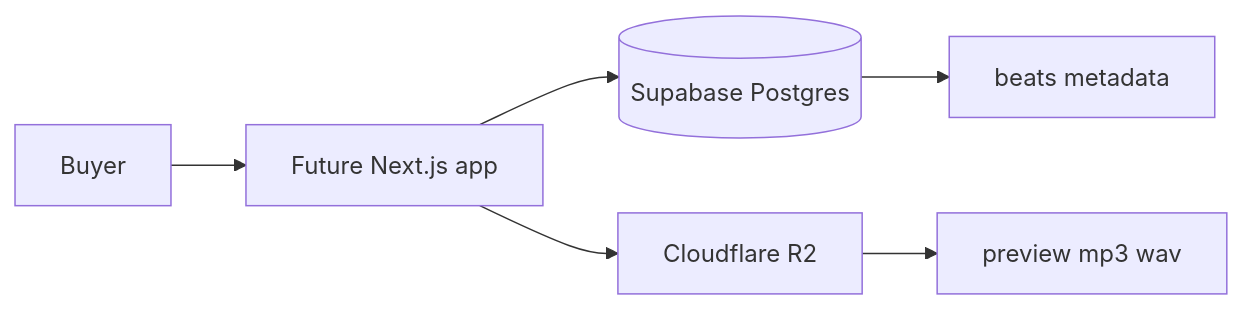
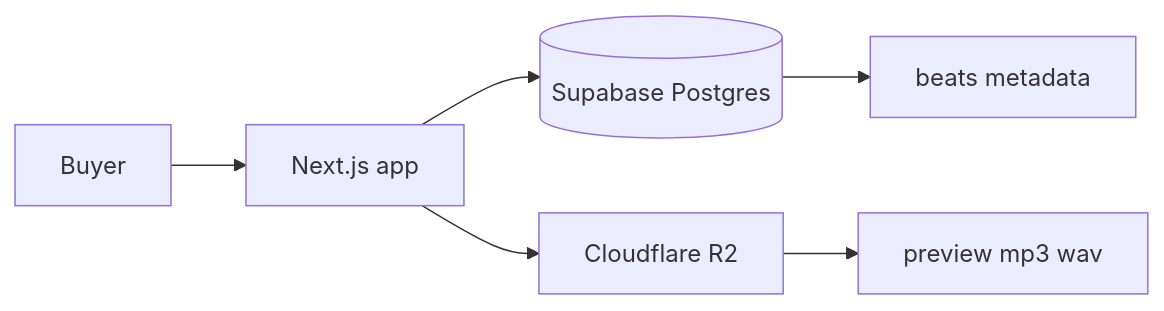
Before and after one commit to jstreeter23/web-store: the diagram in README.md, drawn with Mermaid. The commit also changed other lines of this file and 20 other files, not shown here.

Commit message:
Update README to reflect current project status, including integration of Next.js app, Supabase schema details, and Cloudflare R2 setup. Clarify setup instructions and outline future development plans for audio previews and payment processing.

````diff
--- a/README.md
+++ b/README.md
@@ -38,8 +34,8 @@
 ```mermaid
 flowchart LR
-  Buyer[Buyer] --> App[Future Next.js app]
+  Buyer[Buyer] --> App[Next.js app]
   App --> Supabase[(Supabase Postgres)]
   App --> R2[Cloudflare R2]
   Supabase --> Beats[beats metadata]
   R2 --> Audio[preview mp3 wav]
 ```
````
